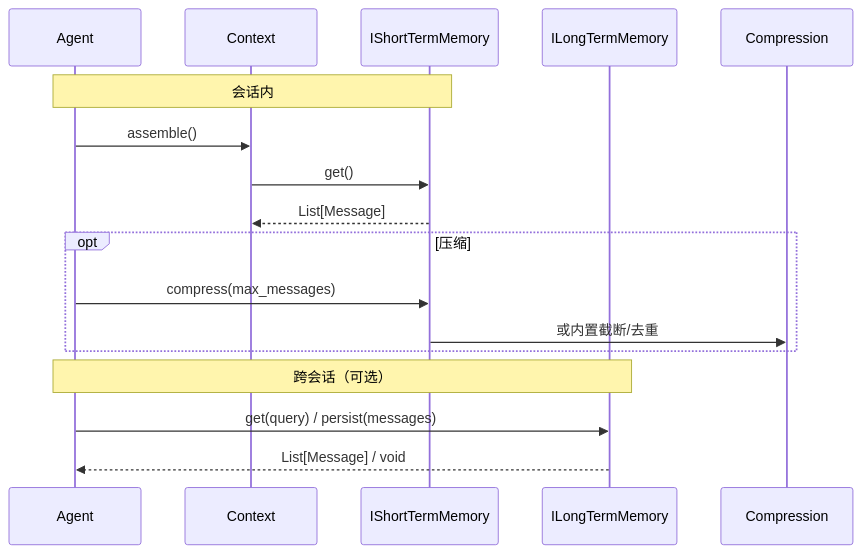
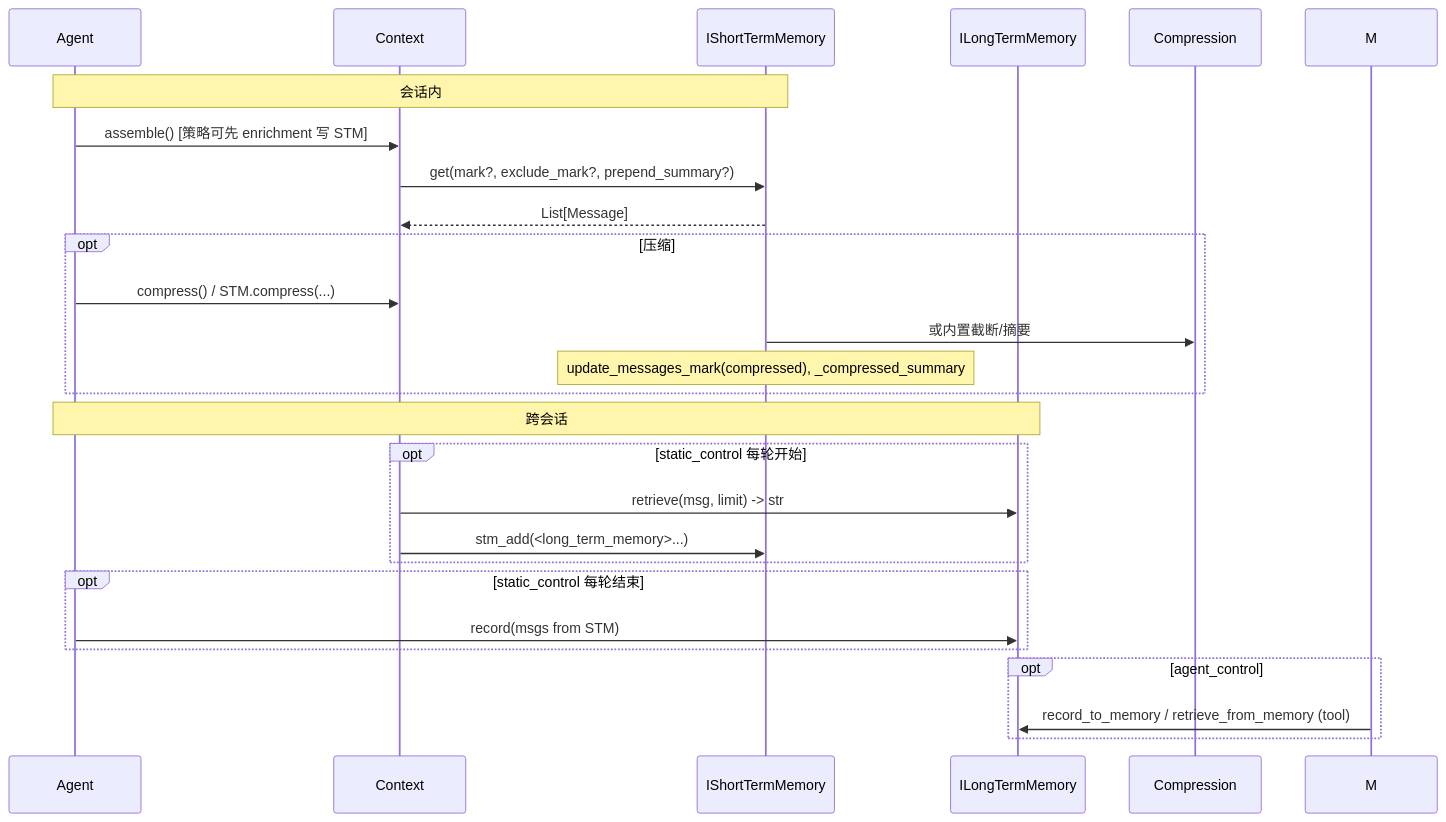
One commit to clowder-labs/Deterministic-Agent-Runtime-Engine changed diagram 19 of 29 in docs/DARE_FRAMEWORK_DESIGN.md. Above: the diagram before and after it, drawn with Mermaid. The commit also changed other lines of this file and 1 other file, not shown here.

````diff
--- a/docs/DARE_FRAMEWORK_DESIGN.md
+++ b/docs/DARE_FRAMEWORK_DESIGN.md
@@ -780,21 +891,30 @@
 ```mermaid
 sequenceDiagram
   participant A as Agent
   participant C as Context
   participant STM as IShortTermMemory
   participant LTM as ILongTermMemory
   participant Comp as Compression
 
   Note over A,STM: 会话内
-  A->>C: assemble()
-  C->>STM: get()
+  A->>C: assemble() [策略可先 enrichment 写 STM]
+  C->>STM: get(mark?, exclude_mark?, prepend_summary?)
   STM-->>C: List[Message]
   opt 压缩
-    A->>STM: compress(max_messages)
-    STM->>Comp: 或内置截断/去重
+    A->>C: compress() / STM.compress(...)
+    STM->>Comp: 或内置截断/摘要
+    Note over STM: update_messages_mark(compressed), _compressed_summary
   end
 
-  Note over A,LTM: 跨会话（可选）
-  A->>LTM: get(query) / persist(messages)
-  LTM-->>A: List[Message] / void
+  Note over A,LTM: 跨会话
+  opt static_control 每轮开始
+    C->>LTM: retrieve(msg, limit) -> str
+    C->>STM: stm_add(<long_term_memory>...)
+  end
+  opt static_control 每轮结束
+    A->>LTM: record(msgs from STM)
+  end
+  opt agent_control
+    M->>LTM: record_to_memory / retrieve_from_memory (tool)
+  end
 ```
````
